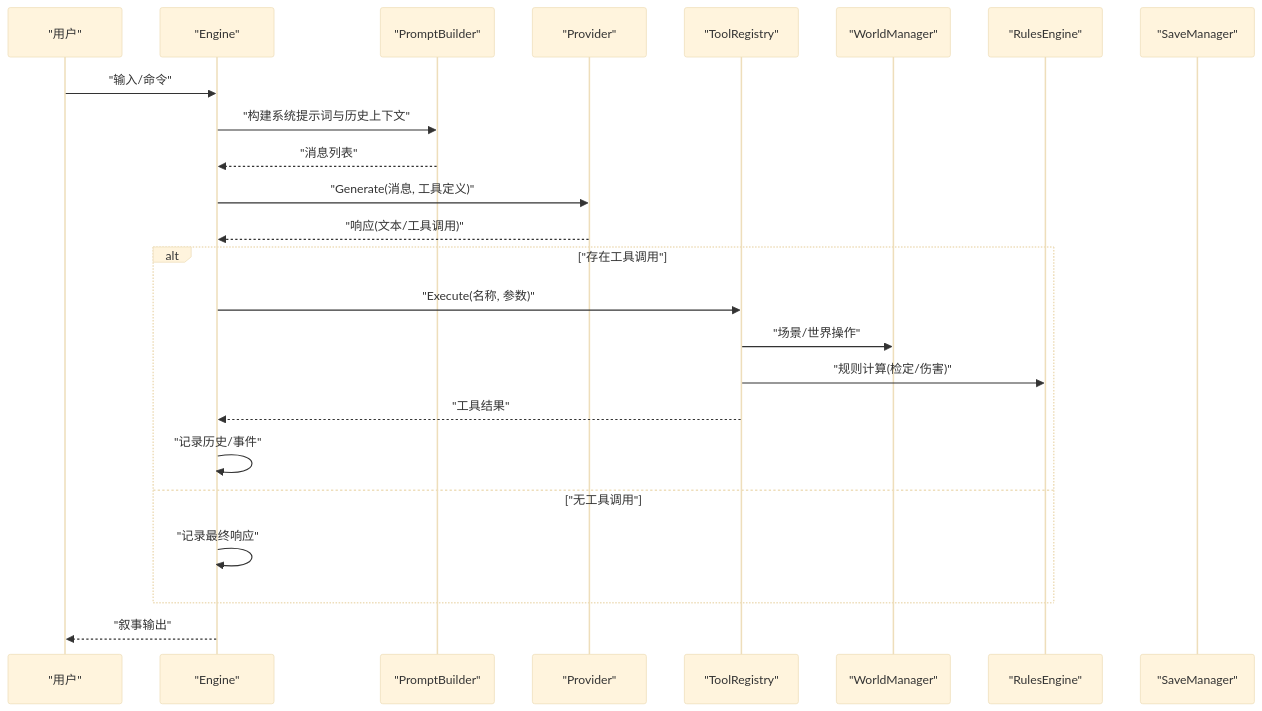
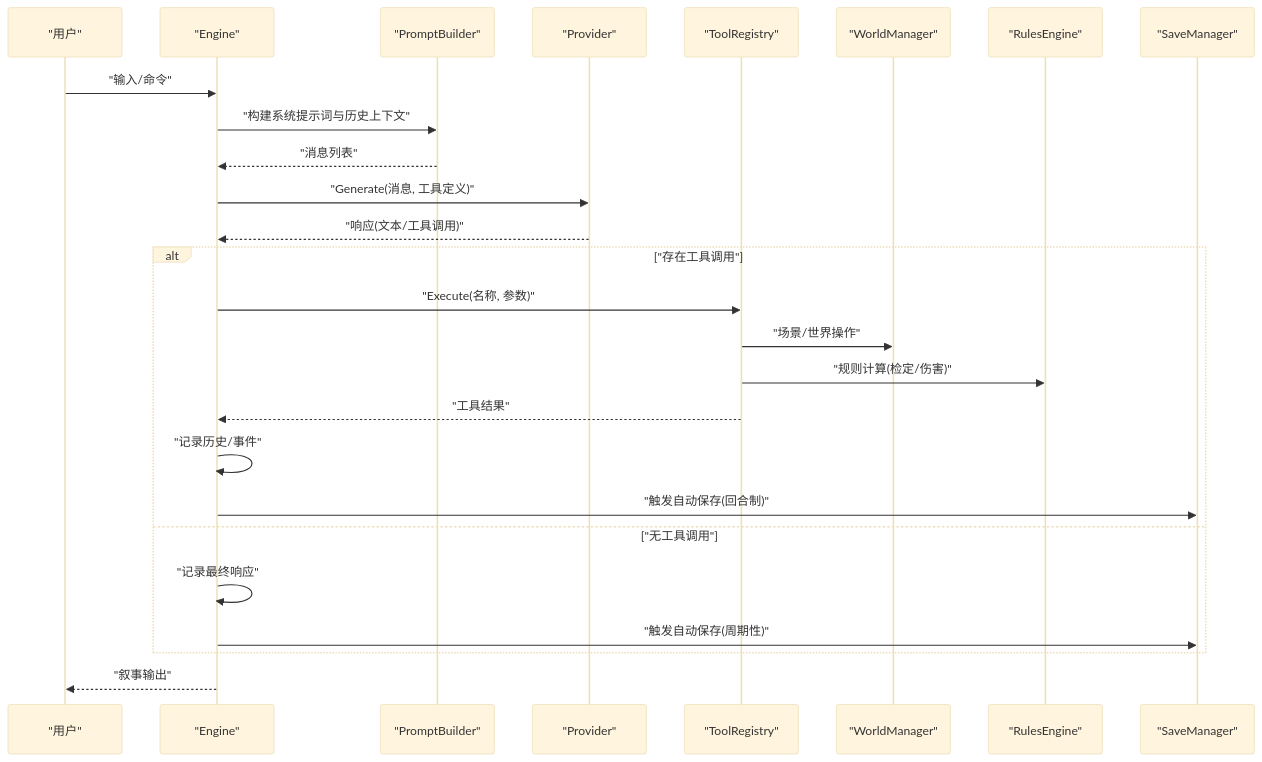
The second of 5 diagrams in .qoder/repowiki/zh/content/游戏引擎架构/引擎核心组件.md (zwh8800/cdnd), drawn with Mermaid (base theme) before and after one commit. The commit also changed other lines of this file and 11 other files, not shown here.

````diff
--- a/.qoder/repowiki/zh/content/游戏引擎架构/引擎核心组件.md
+++ b/.qoder/repowiki/zh/content/游戏引擎架构/引擎核心组件.md
@@ -113,26 +130,28 @@
 ```mermaid
 sequenceDiagram
 participant U as "用户"
 participant G as "Engine"
 participant PB as "PromptBuilder"
 participant P as "Provider"
 participant TR as "ToolRegistry"
 participant W as "WorldManager"
 participant R as "RulesEngine"
 participant SM as "SaveManager"
 U->>G : "输入/命令"
 G->>PB : "构建系统提示词与历史上下文"
 PB-->>G : "消息列表"
 G->>P : "Generate(消息, 工具定义)"
 P-->>G : "响应(文本/工具调用)"
 alt "存在工具调用"
 G->>TR : "Execute(名称, 参数)"
 TR->>W : "场景/世界操作"
 TR->>R : "规则计算(检定/伤害)"
 TR-->>G : "工具结果"
 G->>G : "记录历史/事件"
+G->>SM : "触发自动保存(回合制)"
 else "无工具调用"
 G->>G : "记录最终响应"
+G->>SM : "触发自动保存(周期性)"
 end
 G-->>U : "叙事输出"
 ```
````
